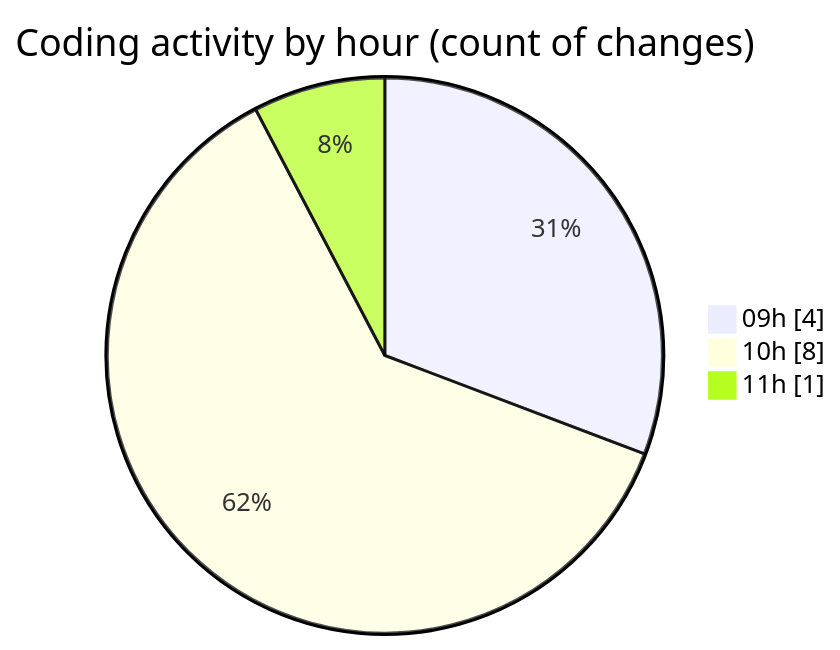
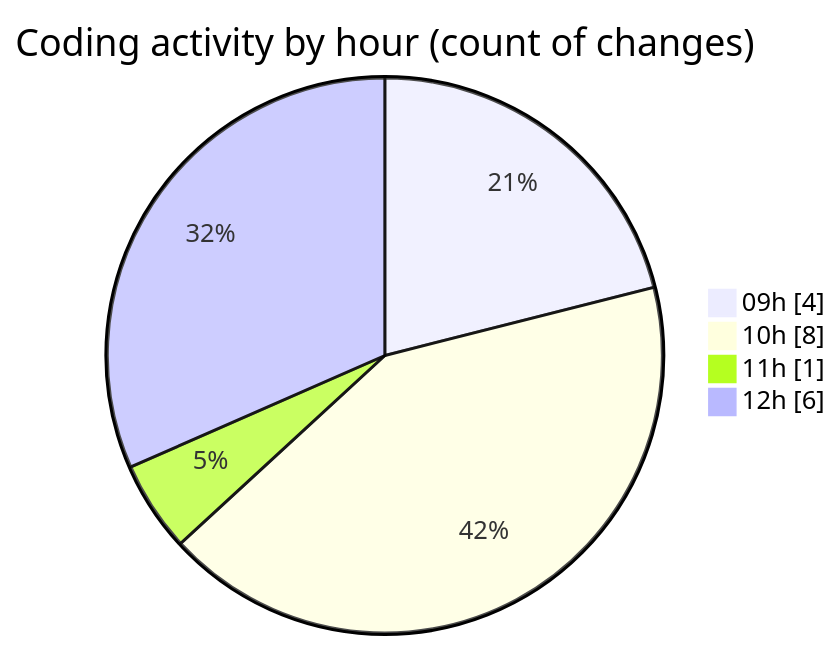
One commit to nxtqubesakshisongat/code-tracking changed the second of 2 diagrams in 2026-02-18/nxtqube_webapp/README.md. Above: the diagram before and after it, drawn with Mermaid. The commit also changed other lines of this file and 1 other file, not shown here.

````diff
--- a/2026-02-18/nxtqube_webapp/README.md
+++ b/2026-02-18/nxtqube_webapp/README.md
@@ -34,7 +34,8 @@
 ```mermaid
 pie showData
 title Coding activity by hour (count of changes)
 "09h" : 4
 "10h" : 8
 "11h" : 1
+"12h" : 6
 ```
````
